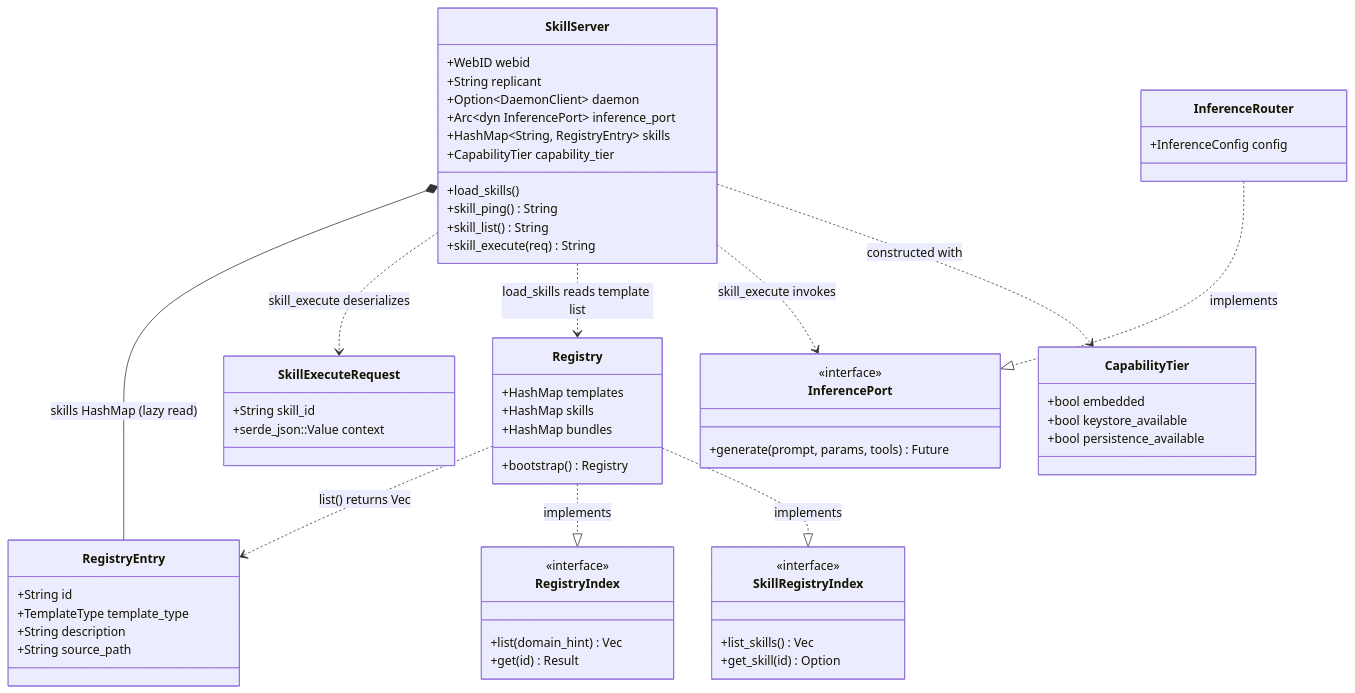
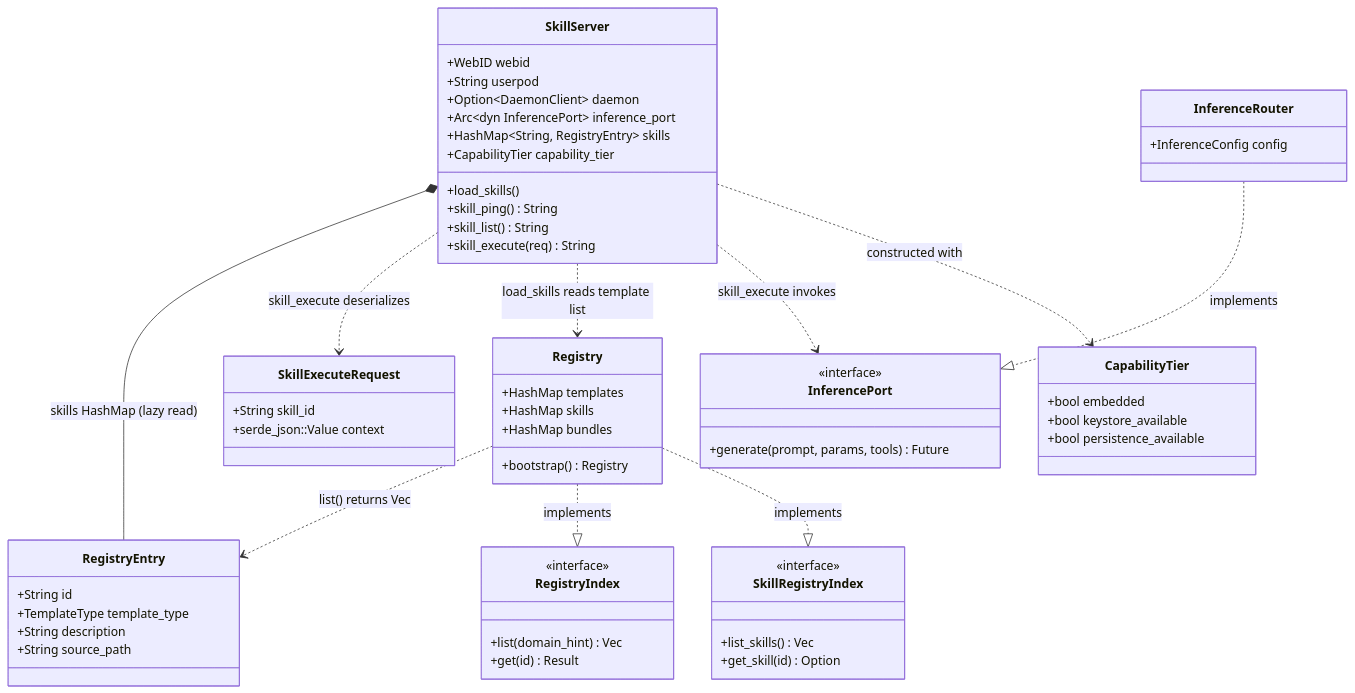
The diagram in docs/reference/mcp-servers/skill-server.md (mdz-axo/hKask), drawn with Mermaid before and after one commit. The commit also changed other lines of this file and 42 other files, not shown here.

````diff
--- a/docs/reference/mcp-servers/skill-server.md
+++ b/docs/reference/mcp-servers/skill-server.md
@@ -57,64 +57,64 @@
 ```mermaid
 classDiagram
     direction TD
     class SkillServer {
         +WebID webid
-        +String replicant
+        +String userpod
         +Option~DaemonClient~ daemon
         +Arc~dyn InferencePort~ inference_port
         +HashMap~String, RegistryEntry~ skills
         +CapabilityTier capability_tier
         +load_skills()
         +skill_ping() String
         +skill_list() String
         +skill_execute(req) String
     }
     class RegistryEntry {
         +String id
         +TemplateType template_type
         +String description
         +String source_path
     }
     class SkillExecuteRequest {
         +String skill_id
         +serde_json::Value context
     }
     class Registry {
         +HashMap templates
         +HashMap skills
         +HashMap bundles
         +bootstrap() Registry
     }
     class RegistryIndex {
         <<interface>>
         +list(domain_hint) Vec
         +get(id) Result
     }
     class SkillRegistryIndex {
         <<interface>>
         +list_skills() Vec
         +get_skill(id) Option
     }
     class InferencePort {
         <<interface>>
         +generate(prompt, params, tools) Future
     }
     class InferenceRouter {
         +InferenceConfig config
     }
     class CapabilityTier {
         +bool embedded
         +bool keystore_available
         +bool persistence_available
     }
 
     SkillServer *-- RegistryEntry : skills HashMap (lazy read)
     SkillServer ..> SkillExecuteRequest : skill_execute deserializes
     SkillServer ..> Registry : load_skills reads template list
     Registry ..> RegistryEntry : list() returns Vec
     SkillServer ..> InferencePort : skill_execute invokes
     SkillServer ..> CapabilityTier : constructed with
     Registry ..|> RegistryIndex : implements
     Registry ..|> SkillRegistryIndex : implements
     InferenceRouter ..|> InferencePort : implements
 ```
````
